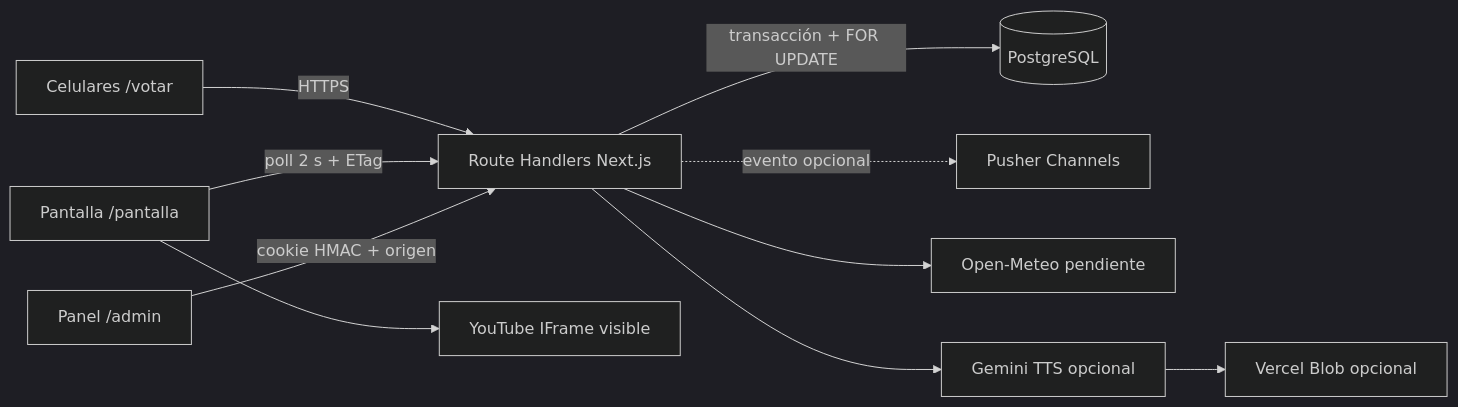
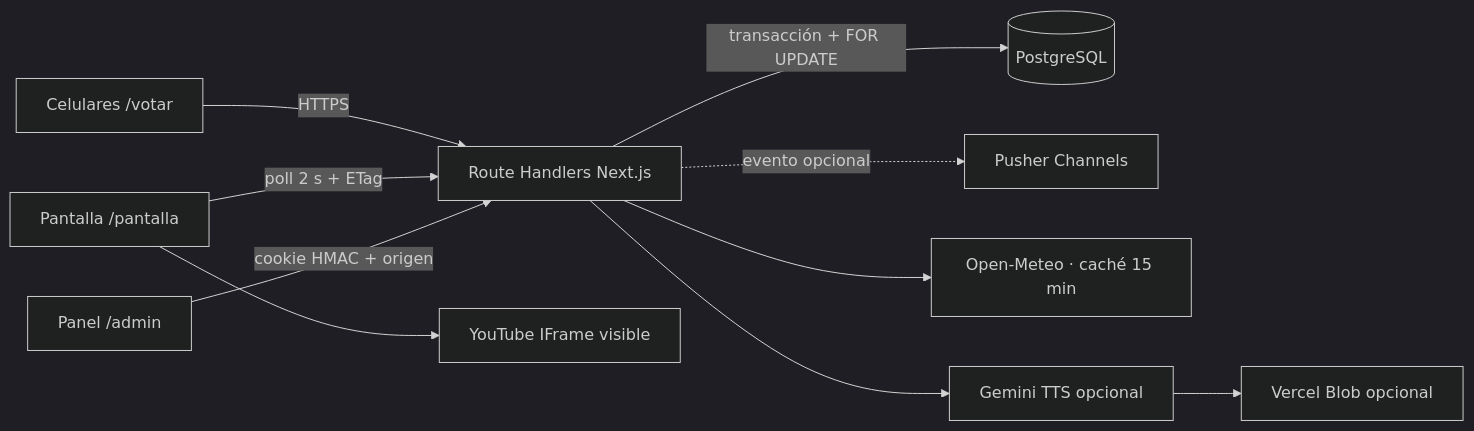
The diagram in docs/ARQUITECTURA.md (danieldelangel03-arch/radio-fm-iest), drawn with Mermaid (dark theme) before and after one commit. The commit also changed other lines of this file and 13 other files, not shown here.

````diff
--- a/docs/ARQUITECTURA.md
+++ b/docs/ARQUITECTURA.md
@@ -3,12 +3,12 @@
 ```mermaid
 flowchart LR
   V[Celulares /votar] -->|HTTPS| API[Route Handlers Next.js]
   P[Pantalla /pantalla] -->|poll 2 s + ETag| API
   A[Panel /admin] -->|cookie HMAC + origen| API
   API -->|transacción + FOR UPDATE| PG[(PostgreSQL)]
   API -. evento opcional .-> PU[Pusher Channels]
   P --> YT[YouTube IFrame visible]
-  API --> OM[Open-Meteo pendiente]
+  API --> OM[Open-Meteo · caché 15 min]
   API --> GT[Gemini TTS opcional]
   GT --> BL[Vercel Blob opcional]
 ```
````
